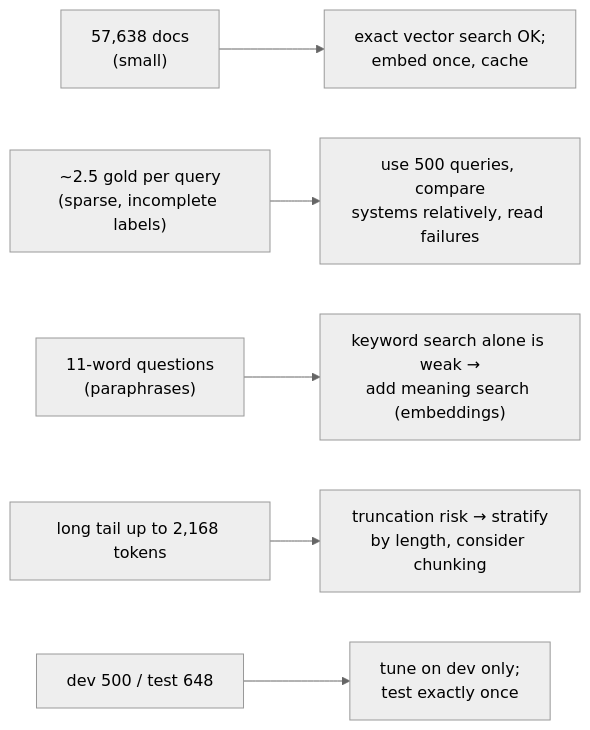
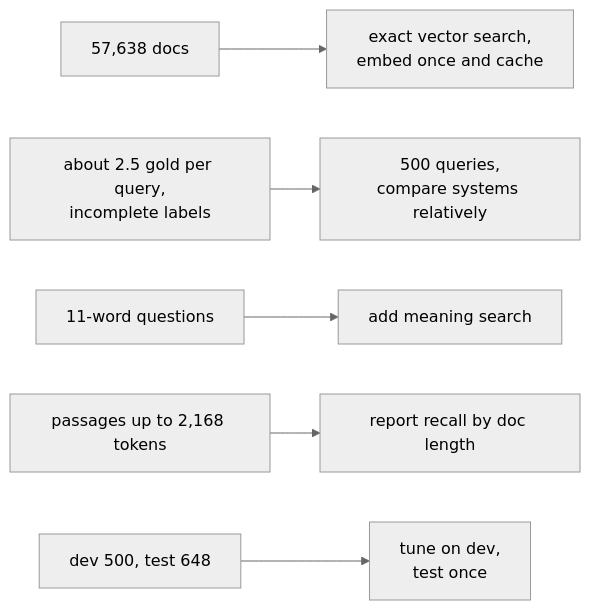
The fourth of 7 diagrams in docs/from_zero/01_the_problem_and_the_data.md (node31/fiqa-agentic-retrieval), drawn with Mermaid (neutral theme) before and after one commit. The commit also changed other lines of this file and 9 other files, not shown here.

````diff
--- a/docs/from_zero/01_the_problem_and_the_data.md
+++ b/docs/from_zero/01_the_problem_and_the_data.md
@@ -158,8 +110,8 @@
 ```mermaid
 flowchart LR
-    N1["57,638 docs<br/>(small)"] --> D1["exact vector search OK;<br/>embed once, cache"]
-    N2["~2.5 gold per query<br/>(sparse, incomplete labels)"] --> D2["use 500 queries, compare<br/>systems relatively, read failures"]
-    N3["11-word questions<br/>(paraphrases)"] --> D3["keyword search alone is weak →<br/>add meaning search (embeddings)"]
-    N4["long tail up to 2,168 tokens"] --> D4["truncation risk → stratify<br/>by length, consider chunking"]
-    N5["dev 500 / test 648"] --> D5["tune on dev only;<br/>test exactly once"]
+    N1["57,638 docs"] --> D1["exact vector search,<br/>embed once and cache"]
+    N2["about 2.5 gold per query,<br/>incomplete labels"] --> D2["500 queries,<br/>compare systems relatively"]
+    N3["11-word questions"] --> D3["add meaning search"]
+    N4["passages up to 2,168 tokens"] --> D4["report recall by doc length"]
+    N5["dev 500, test 648"] --> D5["tune on dev,<br/>test once"]
 ```
````
